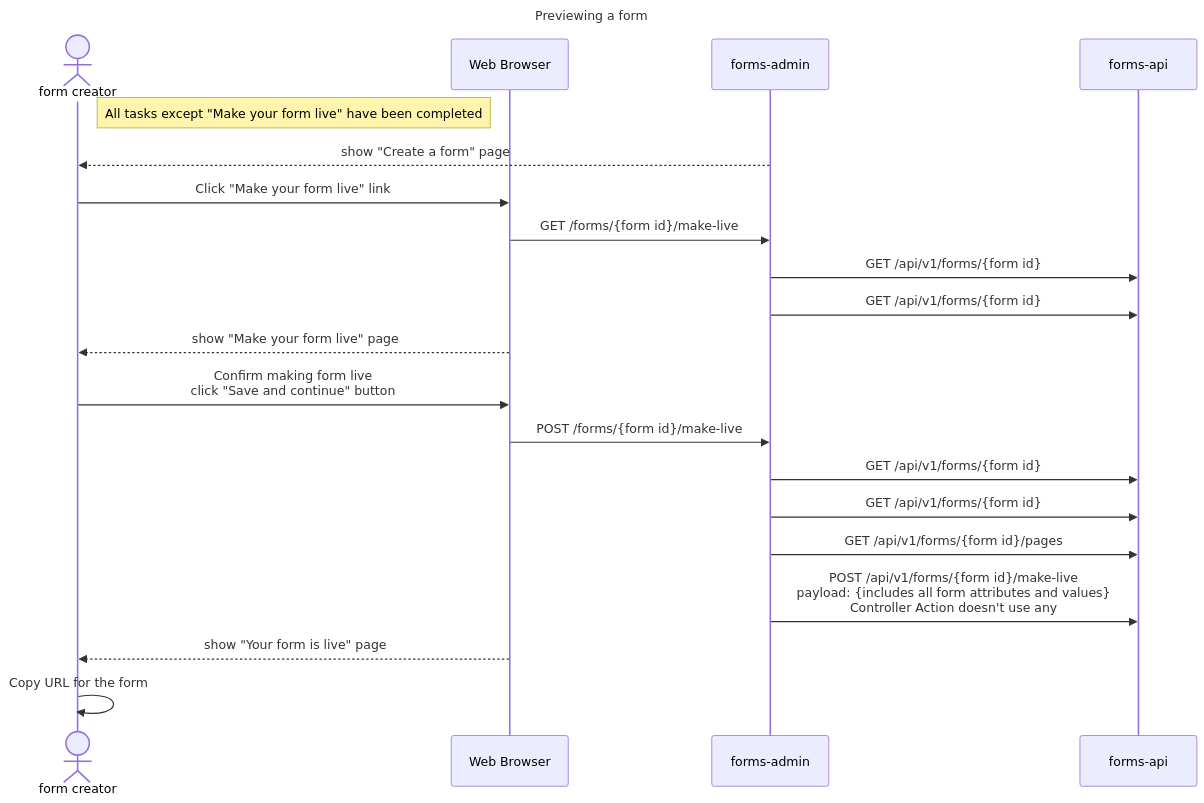
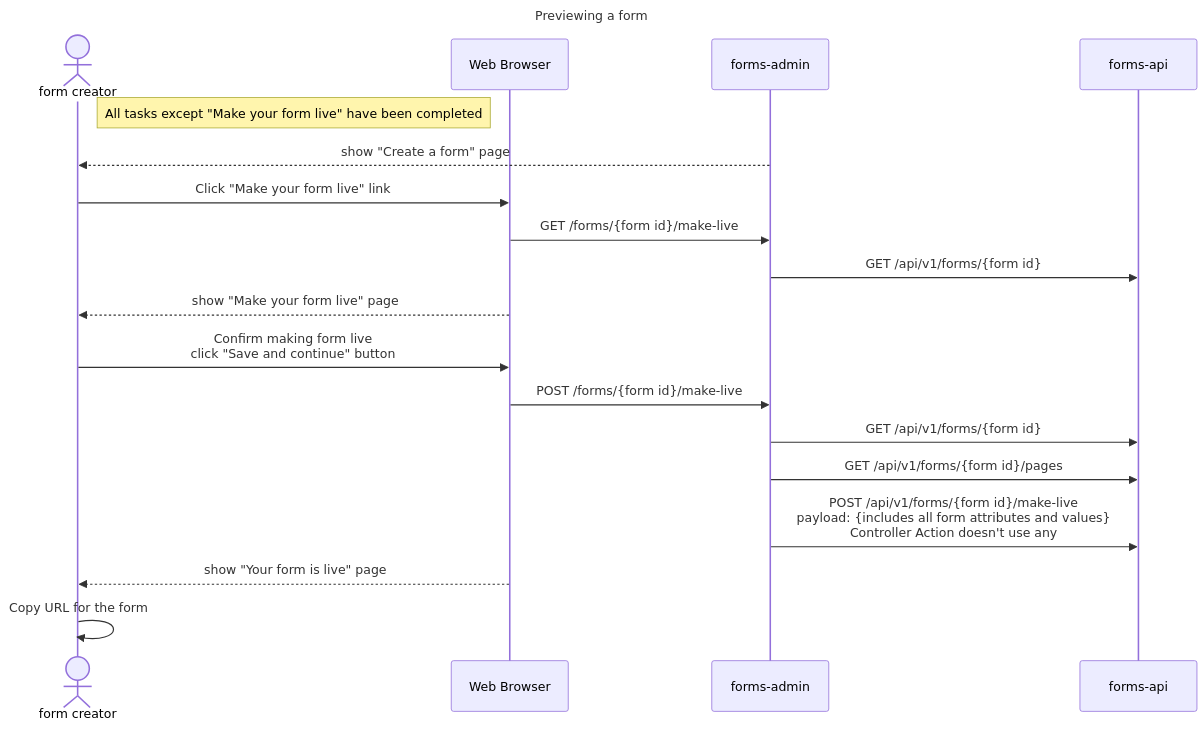
One commit to alphagov/forms changed the first of 2 diagrams in diagrams/sequence-diagrams/publishing-a-form.md. Above: the diagram before and after it, drawn with Mermaid. The commit also changed 2 other files, not shown here.

Commit message:
Remove duplicate requests between forms-admin and forms-api due to authorisation checks

````diff
--- a/diagrams/sequence-diagrams/publishing-a-form.md
+++ b/diagrams/sequence-diagrams/publishing-a-form.md
@@ -3,29 +3,27 @@
 ```mermaid 
 sequenceDiagram
   title Previewing a form
   actor user as form creator
   participant browser as Web Browser
   participant admin as forms-admin
   link admin: GitHub repo @ https://github.com/alphagov/forms-admin   
   participant api as forms-api
   link api: GitHub repo @ https://github.com/alphagov/forms-api  
 
   note right of user: All tasks except "Make your form live" have been completed
 
   admin-->>user: show "Create a form" page
   user->>browser: Click "Make your form live" link
   browser->>admin: GET /forms/{form id}/make-live
   admin->>api: GET /api/v1/forms/{form id}
-  admin->>api: GET /api/v1/forms/{form id}
   browser-->>user: show "Make your form live" page
 
   user->>browser: Confirm making form live<br />click "Save and continue" button
   browser->>admin: POST /forms/{form id}/make-live
-  admin->>api: GET /api/v1/forms/{form id}
   admin->>api: GET /api/v1/forms/{form id}
   admin->>api: GET /api/v1/forms/{form id}/pages
   admin->>api: POST /api/v1/forms/{form id}/make-live<br>payload: {includes all form attributes and values}<br>Controller Action doesn't use any
   browser-->>user: show "Your form is live" page
   user->>user: Copy URL for the form
 
 ```
````
